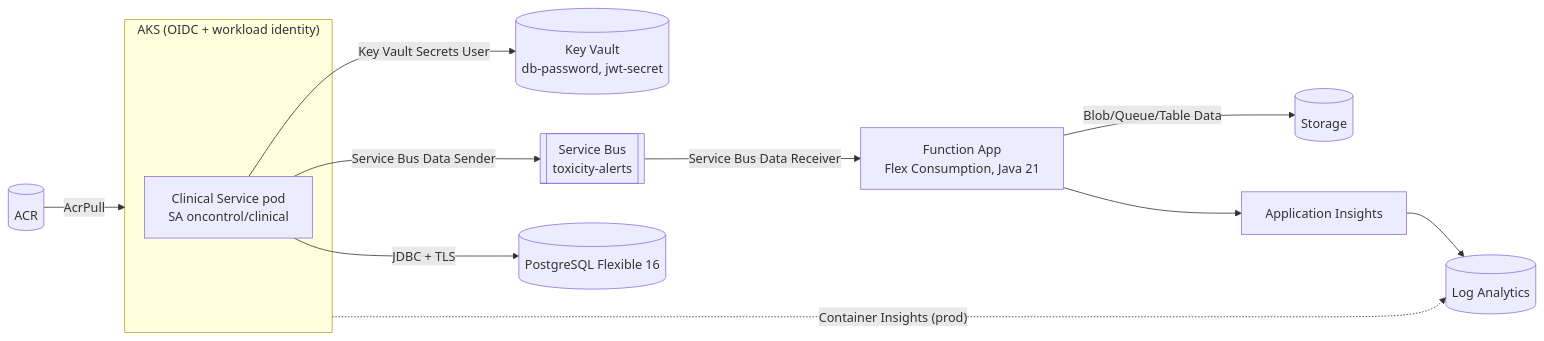
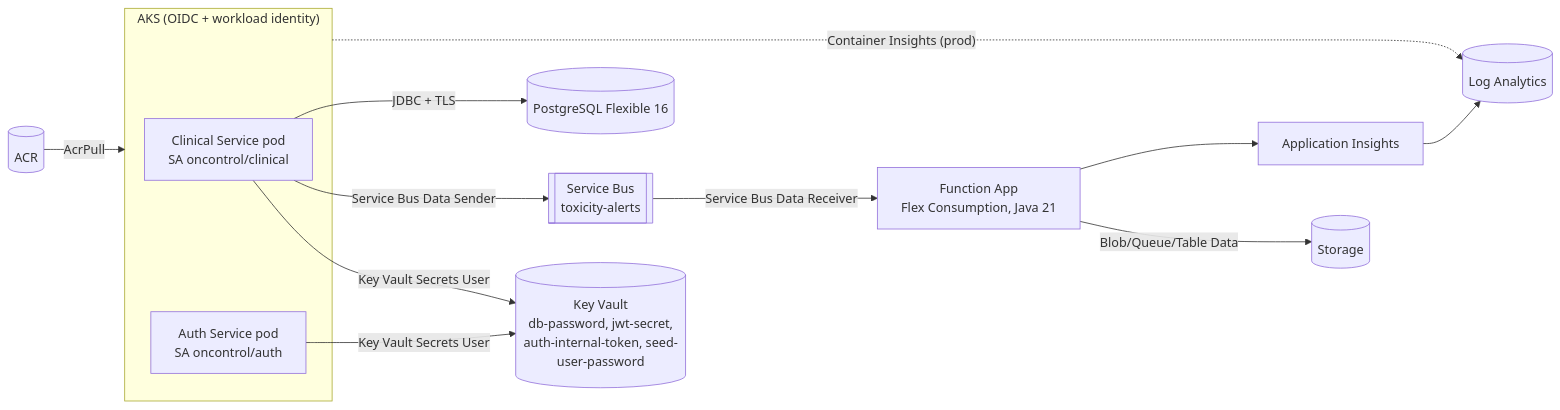
Before and after one commit to OnControl3D-ASF/oncontrol3d-infra: the diagram in docs/iac.md, drawn with Mermaid. The commit also changed other lines of this file and 1 other file, not shown here.

Commit message:
docs(iac): document auth AKS changes, cost, quota, Cilium and CI identities

````diff
--- a/docs/iac.md
+++ b/docs/iac.md
@@ -25,15 +25,17 @@
 ```mermaid
 flowchart LR
   subgraph AKS["AKS (OIDC + workload identity)"]
     clinical["Clinical Service pod<br/>SA oncontrol/clinical"]
+    auth["Auth Service pod<br/>SA oncontrol/auth"]
   end
   ACR[(ACR)] -- AcrPull --> AKS
-  clinical -- "Key Vault Secrets User" --> KV[(Key Vault<br/>db-password, jwt-secret)]
+  clinical -- "Key Vault Secrets User" --> KV[(Key Vault<br/>db-password, jwt-secret,<br/>auth-internal-token, seed-user-password)]
+  auth -- "Key Vault Secrets User" --> KV
   clinical -- "Service Bus Data Sender" --> SB[[Service Bus<br/>toxicity-alerts]]
   clinical -- "JDBC + TLS" --> PG[(PostgreSQL Flexible 16)]
   SB -- "Service Bus Data Receiver" --> FN["Function App<br/>Flex Consumption, Java 21"]
   FN -- "Blob/Queue/Table Data" --> ST[(Storage)]
   FN --> AI[Application Insights]
   AKS -. "Container Insights (prod)" .-> LA[(Log Analytics)]
   AI --> LA
 ```
````
